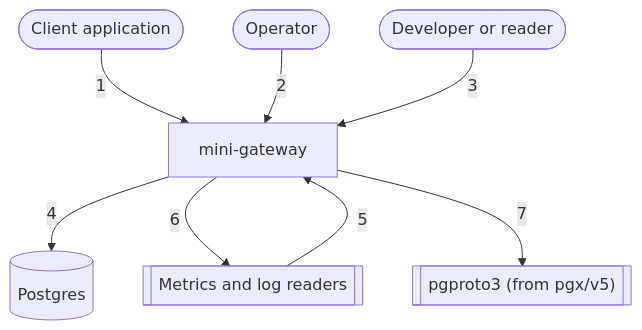
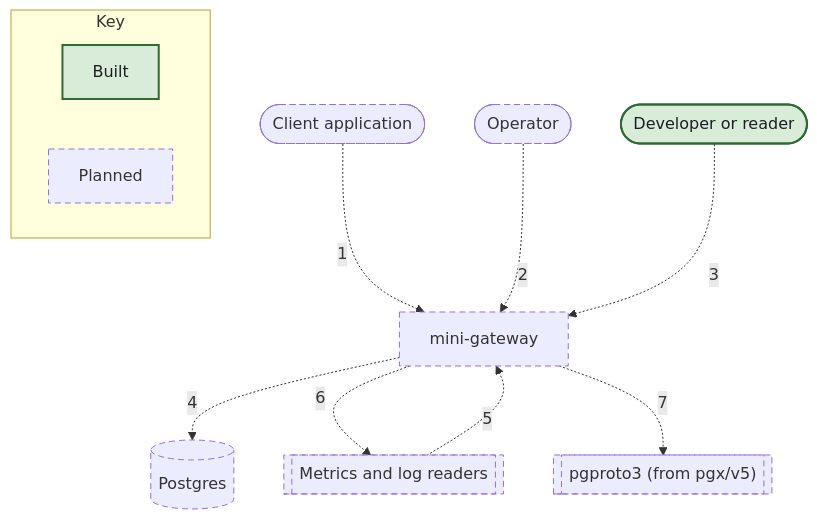
The diagram in docs/c4/01-system-context.md (nickstrad/mini-gateway), drawn with Mermaid before and after one commit. The commit also changed other lines of this file and 28 other files, not shown here.

````diff
--- a/docs/c4/01-system-context.md
+++ b/docs/c4/01-system-context.md
@@ -7,17 +9,23 @@
 ```mermaid
 flowchart TB
-  APP(["Client application"])
-  OPERATOR(["Operator"])
-  DEVELOPER(["Developer or reader"])
-  GW["mini-gateway"]
-  PG[("Postgres")]
-  TELEMETRY[["Metrics and log readers"]]
-  PGPROTO3[["pgproto3 (from pgx/v5)"]]
-  APP -->|1| GW
-  OPERATOR -->|2| GW
-  DEVELOPER -->|3| GW
-  GW -->|4| PG
-  TELEMETRY -->|5| GW
-  GW -->|6| TELEMETRY
-  GW -->|7| PGPROTO3
+  APP(["Client application"]):::planned
+  OPERATOR(["Operator"]):::planned
+  DEVELOPER(["Developer or reader"]):::built
+  GW["mini-gateway"]:::planned
+  PG[("Postgres")]:::planned
+  TELEMETRY[["Metrics and log readers"]]:::planned
+  PGPROTO3[["pgproto3 (from pgx/v5)"]]:::planned
+  APP -.->|1| GW
+  OPERATOR -.->|2| GW
+  DEVELOPER -.->|3| GW
+  GW -.->|4| PG
+  TELEMETRY -.->|5| GW
+  GW -.->|6| TELEMETRY
+  GW -.->|7| PGPROTO3
+  subgraph KEY["Key"]
+    KEY_BUILT["Built"]:::built
+    KEY_PLANNED["Planned"]:::planned
+  end
+  classDef built fill:#d9ecd9,stroke:#2e6b34,stroke-width:2px,color:#1c1e21
+  classDef planned stroke-width:1px,stroke-dasharray:6 4
 ```
````
